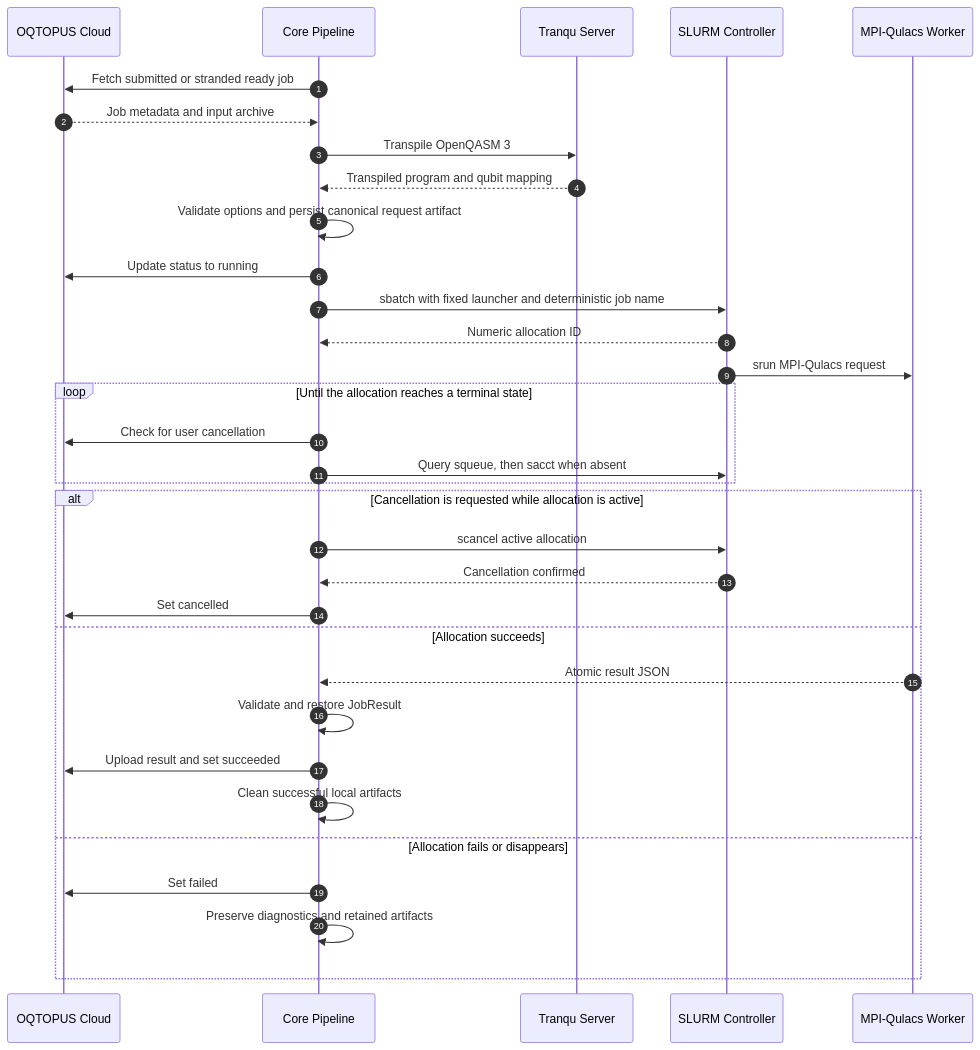
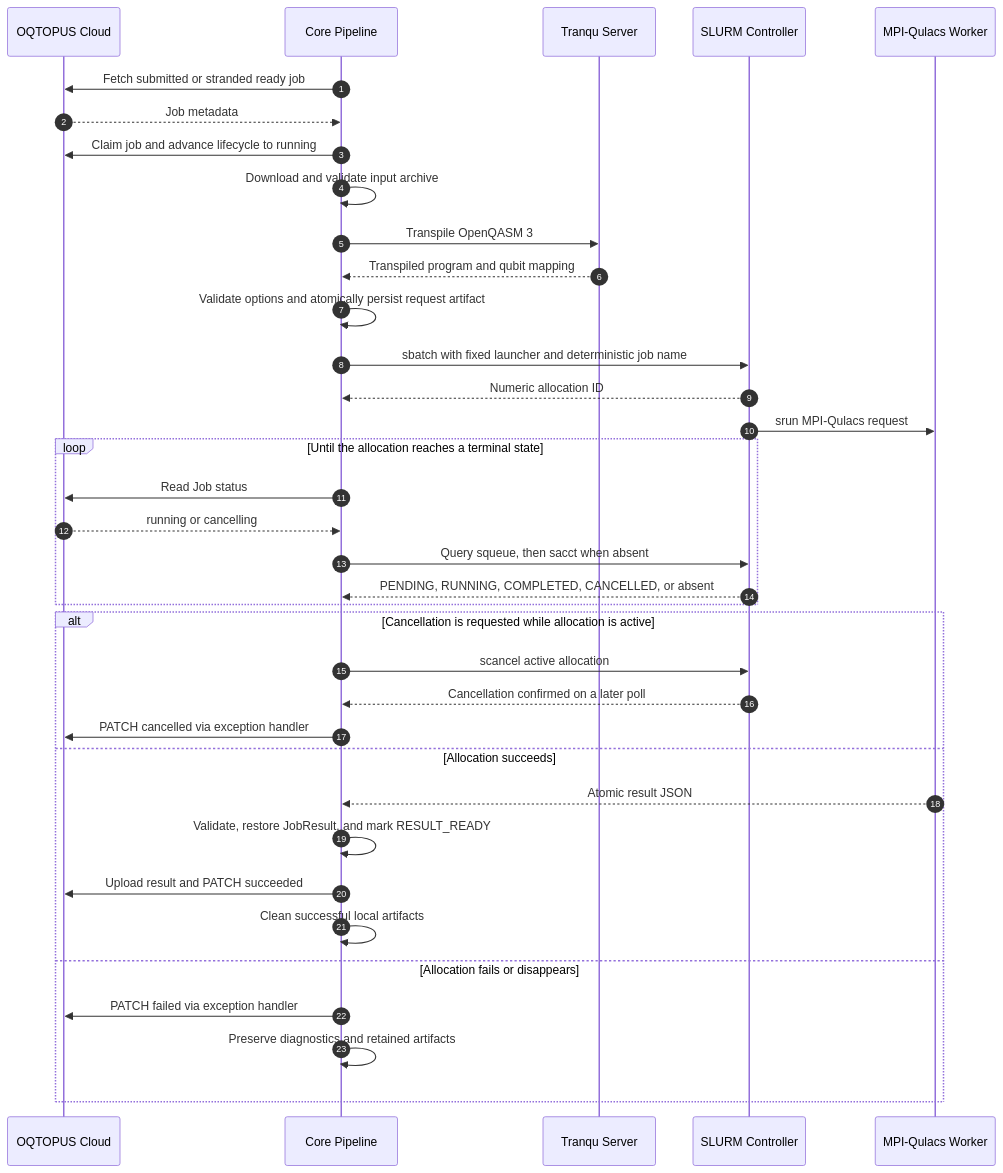
Before and after one commit to oqtopus-team/oqtopus-engine: the first of 2 diagrams in docs/features/slurm_simulator/overview.md, drawn with Mermaid. The commit also changed other lines of this file and 31 other files, not shown here.

Commit message:
feat: complete SLURM MPI-Qulacs simulator flow

````diff
--- a/docs/features/slurm_simulator/overview.md
+++ b/docs/features/slurm_simulator/overview.md
@@ -43,38 +43,41 @@
 ```mermaid
 sequenceDiagram
     autonumber
     participant Cloud as OQTOPUS Cloud
     participant Core as Core Pipeline
     participant Tranqu as Tranqu Server
     participant Slurm as SLURM Controller
     participant Worker as MPI-Qulacs Worker
 
     Core->>Cloud: Fetch submitted or stranded ready job
-    Cloud-->>Core: Job metadata and input archive
+    Cloud-->>Core: Job metadata
+    Core->>Cloud: Claim job and advance lifecycle to running
+    Core->>Core: Download and validate input archive
     Core->>Tranqu: Transpile OpenQASM 3
     Tranqu-->>Core: Transpiled program and qubit mapping
-    Core->>Core: Validate options and persist canonical request artifact
-    Core->>Cloud: Update status to running
+    Core->>Core: Validate options and atomically persist request artifact
     Core->>Slurm: sbatch with fixed launcher and deterministic job name
     Slurm-->>Core: Numeric allocation ID
     Slurm->>Worker: srun MPI-Qulacs request
 
     loop Until the allocation reaches a terminal state
-        Core->>Cloud: Check for user cancellation
-        Core->>Slurm: Query squeue, then sacct when absent
+      Core->>Cloud: Read Job status
+      Cloud-->>Core: running or cancelling
+      Core->>Slurm: Query squeue, then sacct when absent
+      Slurm-->>Core: PENDING, RUNNING, COMPLETED, CANCELLED, or absent
     end
 
     alt Cancellation is requested while allocation is active
         Core->>Slurm: scancel active allocation
-      Slurm-->>Core: Cancellation confirmed
-      Core->>Cloud: Set cancelled
+      Slurm-->>Core: Cancellation confirmed on a later poll
+      Core->>Cloud: PATCH cancelled via exception handler
     else Allocation succeeds
         Worker-->>Core: Atomic result JSON
-        Core->>Core: Validate and restore JobResult
-        Core->>Cloud: Upload result and set succeeded
+      Core->>Core: Validate, restore JobResult, and mark RESULT_READY
+      Core->>Cloud: Upload result and PATCH succeeded
         Core->>Core: Clean successful local artifacts
     else Allocation fails or disappears
-        Core->>Cloud: Set failed
+      Core->>Cloud: PATCH failed via exception handler
         Core->>Core: Preserve diagnostics and retained artifacts
     end
 ```
````
